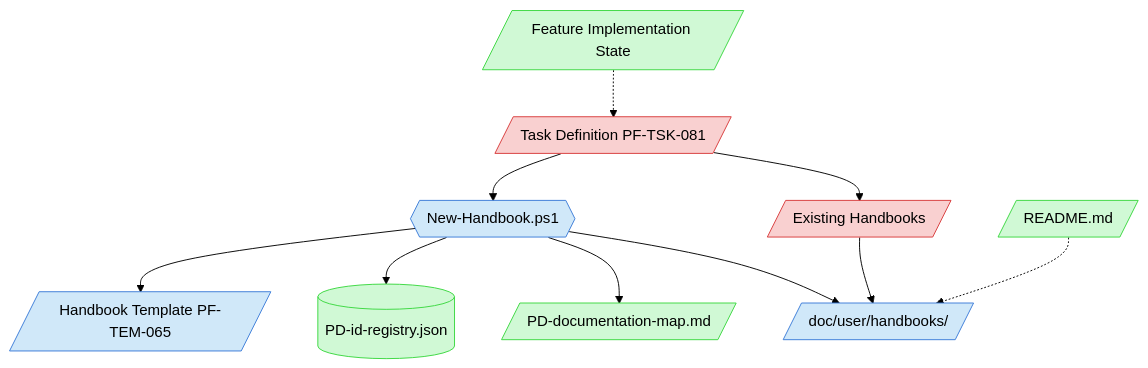
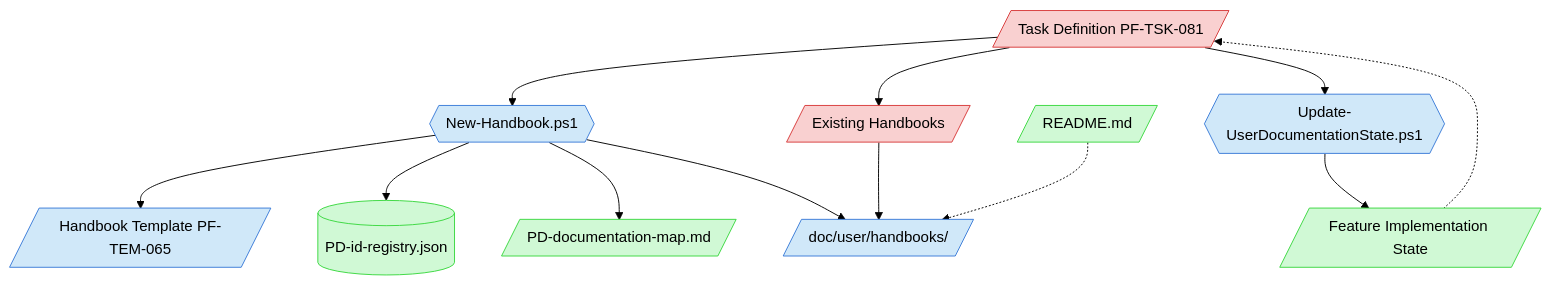
One commit to Abtomation/LinkWatcher changed the diagram in process-framework/visualization/context-maps/07-deployment/user-documentation-creation-map.md. Above: the diagram before and after it, drawn with Mermaid (forest theme). The commit also changed other lines of this file and 532 other files, not shown here.

````diff
--- a/process-framework/visualization/context-maps/07-deployment/user-documentation-creation-map.md
+++ b/process-framework/visualization/context-maps/07-deployment/user-documentation-creation-map.md
@@ -18,20 +18,22 @@
 ```mermaid
 graph TD
     classDef critical fill:#f9d0d0,stroke:#d83a3a
     classDef important fill:#d0e8f9,stroke:#3a7bd8
     classDef reference fill:#d0f9d5,stroke:#3ad83f
 
     TaskDef[/Task Definition PF-TSK-081/] --> HandbookScript{{New-Handbook.ps1}}
     TaskDef --> ExistingHandbooks[/Existing Handbooks/]
+    TaskDef --> UpdateScript{{Update-UserDocumentationState.ps1}}
     HandbookScript --> Template[/Handbook Template PF-TEM-065/]
     HandbookScript --> IdRegistry[(PD-id-registry.json)]
     HandbookScript --> DocMap[/PD-documentation-map.md/]
     HandbookScript --> OutputDir[/doc/user/handbooks//]
     ExistingHandbooks --> OutputDir
-    FeatureState[/Feature Implementation State/] -.-> TaskDef
+    UpdateScript --> FeatureState[/Feature Implementation State/]
+    FeatureState -.-> TaskDef
     README[/README.md/] -.-> OutputDir
 
     class TaskDef,ExistingHandbooks critical
-    class HandbookScript,Template,OutputDir important
+    class HandbookScript,Template,OutputDir,UpdateScript important
     class FeatureState,IdRegistry,DocMap,README reference
 ```
````
